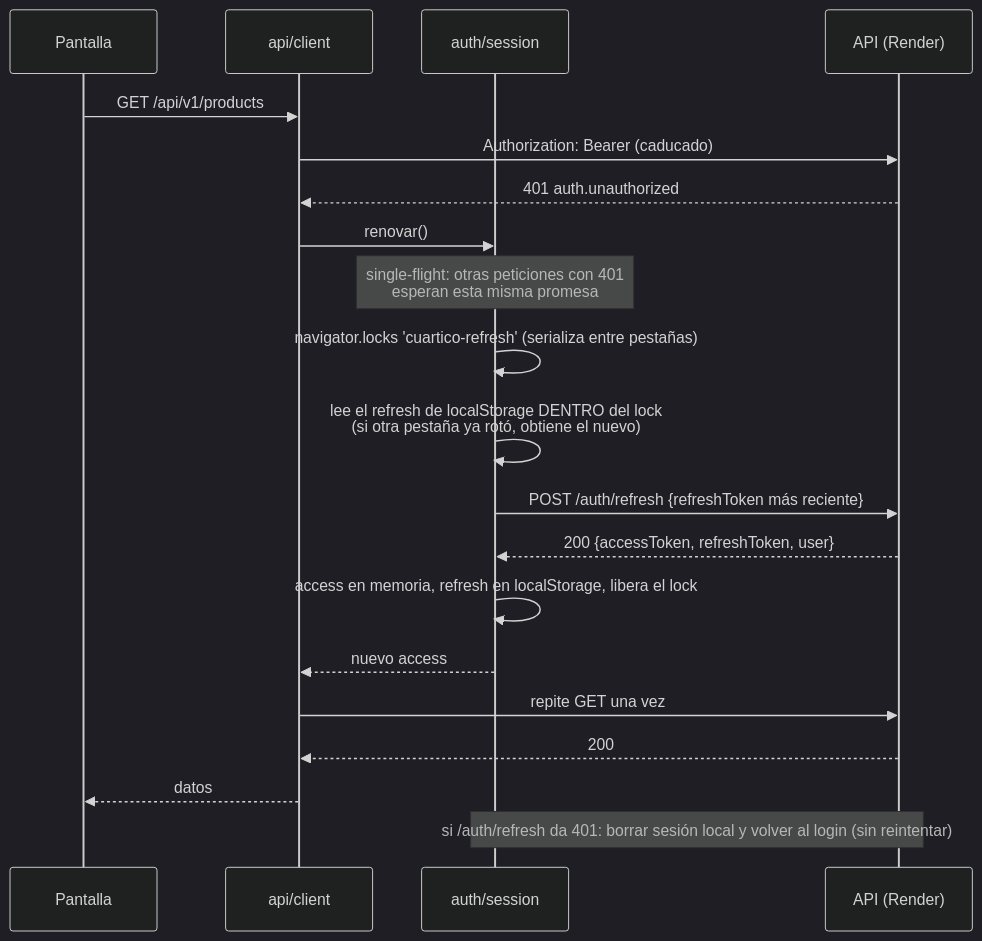
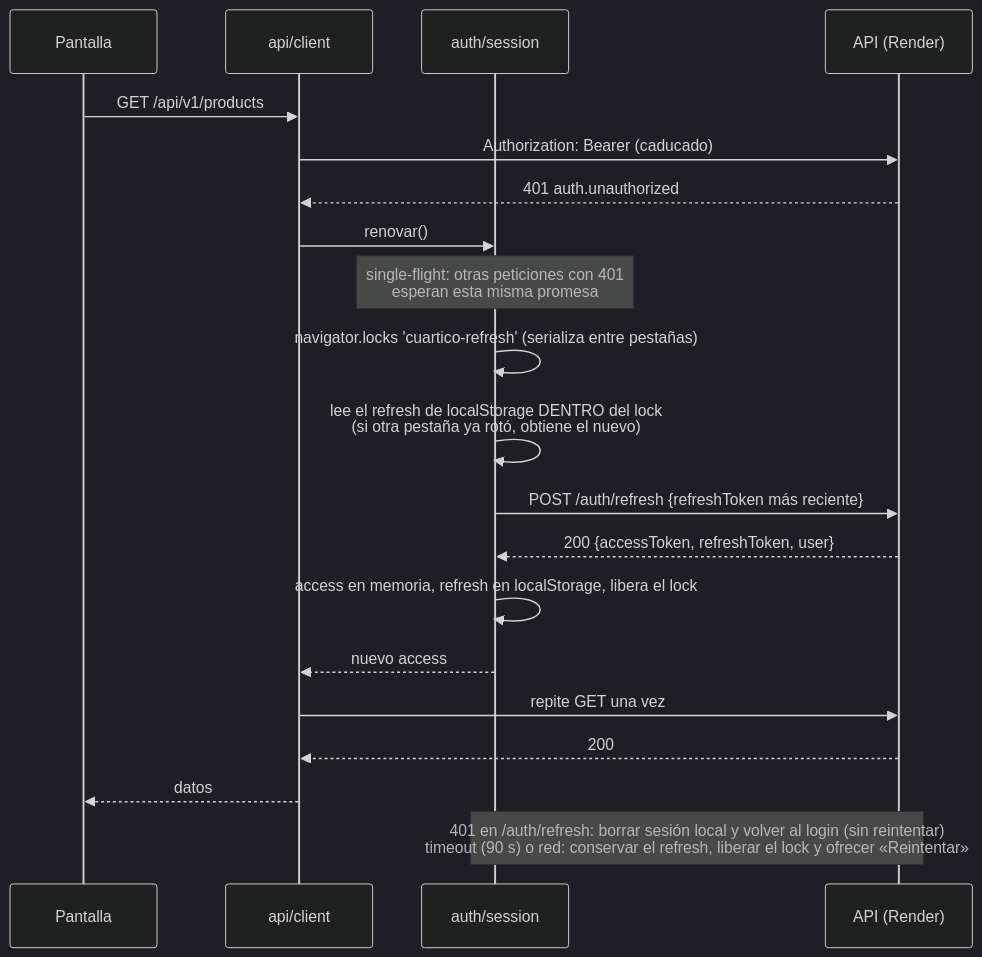
The first of 3 diagrams in docs/analysis/diagrams/auth-session.md (mariobejerano/cuartico), drawn with Mermaid (dark theme) before and after one commit. The commit also changed other lines of this file and 6 other files, not shown here.

````diff
--- a/docs/analysis/diagrams/auth-session.md
+++ b/docs/analysis/diagrams/auth-session.md
@@ -7,23 +7,23 @@
 ```mermaid
 sequenceDiagram
     participant UI as Pantalla
     participant C as api/client
     participant S as auth/session
     participant API as API (Render)
 
     UI->>C: GET /api/v1/products
     C->>API: Authorization: Bearer (caducado)
     API-->>C: 401 auth.unauthorized
     C->>S: renovar()
     Note over S: single-flight: otras peticiones con 401<br/>esperan esta misma promesa
     S->>S: navigator.locks 'cuartico-refresh' (serializa entre pestañas)
     S->>S: lee el refresh de localStorage DENTRO del lock<br/>(si otra pestaña ya rotó, obtiene el nuevo)
     S->>API: POST /auth/refresh {refreshToken más reciente}
     API-->>S: 200 {accessToken, refreshToken, user}
     S->>S: access en memoria, refresh en localStorage, libera el lock
     S-->>C: nuevo access
     C->>API: repite GET una vez
     API-->>C: 200
     C-->>UI: datos
-    Note over S,API: si /auth/refresh da 401: borrar sesión local y volver al login (sin reintentar)
+    Note over S,API: 401 en /auth/refresh: borrar sesión local y volver al login (sin reintentar)<br/>timeout (90 s) o red: conservar el refresh, liberar el lock y ofrecer «Reintentar»
 ```
````
